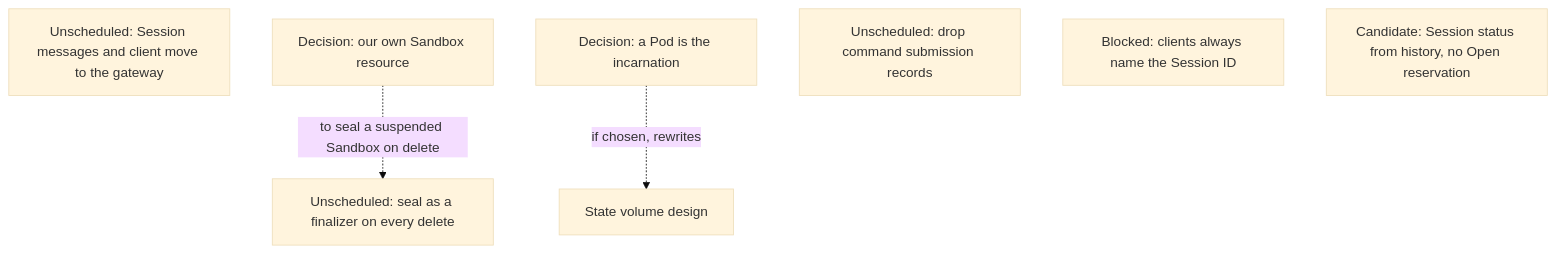
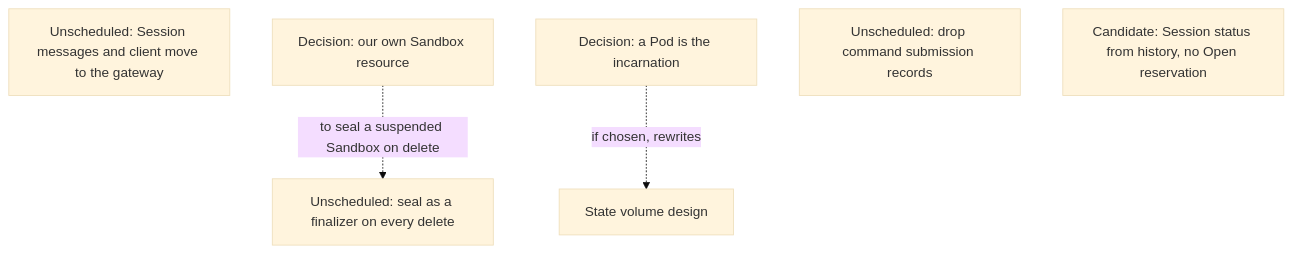
Before and after one commit to agentydragon/ducktape: diagram 12 of 13 in agentplane/plans/task_dag.md, drawn with Mermaid (base theme). The commit also changed other lines of this file and 97 other files, not shown here.

````diff
--- a/agentplane/plans/task_dag.md
+++ b/agentplane/plans/task_dag.md
@@ -844,12 +825,11 @@
 ```mermaid
 flowchart TD
     GATEWAY_CLIENT_SPLIT[Unscheduled: Session messages and client move to the gateway]
     AGENTPLANE_SANDBOX_RESOURCE[Decision: our own Sandbox resource]
     POD_INCARNATION[Decision: a Pod is the incarnation]
     SEAL_FINALIZER[Unscheduled: seal as a finalizer on every delete]
     COMMAND_RECORDS_RETIRE[Unscheduled: drop command submission records]
-    SESSION_ID_MINT_RETIRE[Blocked: clients always name the Session ID]
     LOOKUP_SESSION_RETIRE[Candidate: Session status from history, no Open reservation]
     AGENTPLANE_SANDBOX_RESOURCE -. to seal a suspended Sandbox on delete .-> SEAL_FINALIZER
     POD_INCARNATION -. if chosen, rewrites .-> SESSION_STATE_VOLUME_DESIGN[State volume design]
 ```
````
